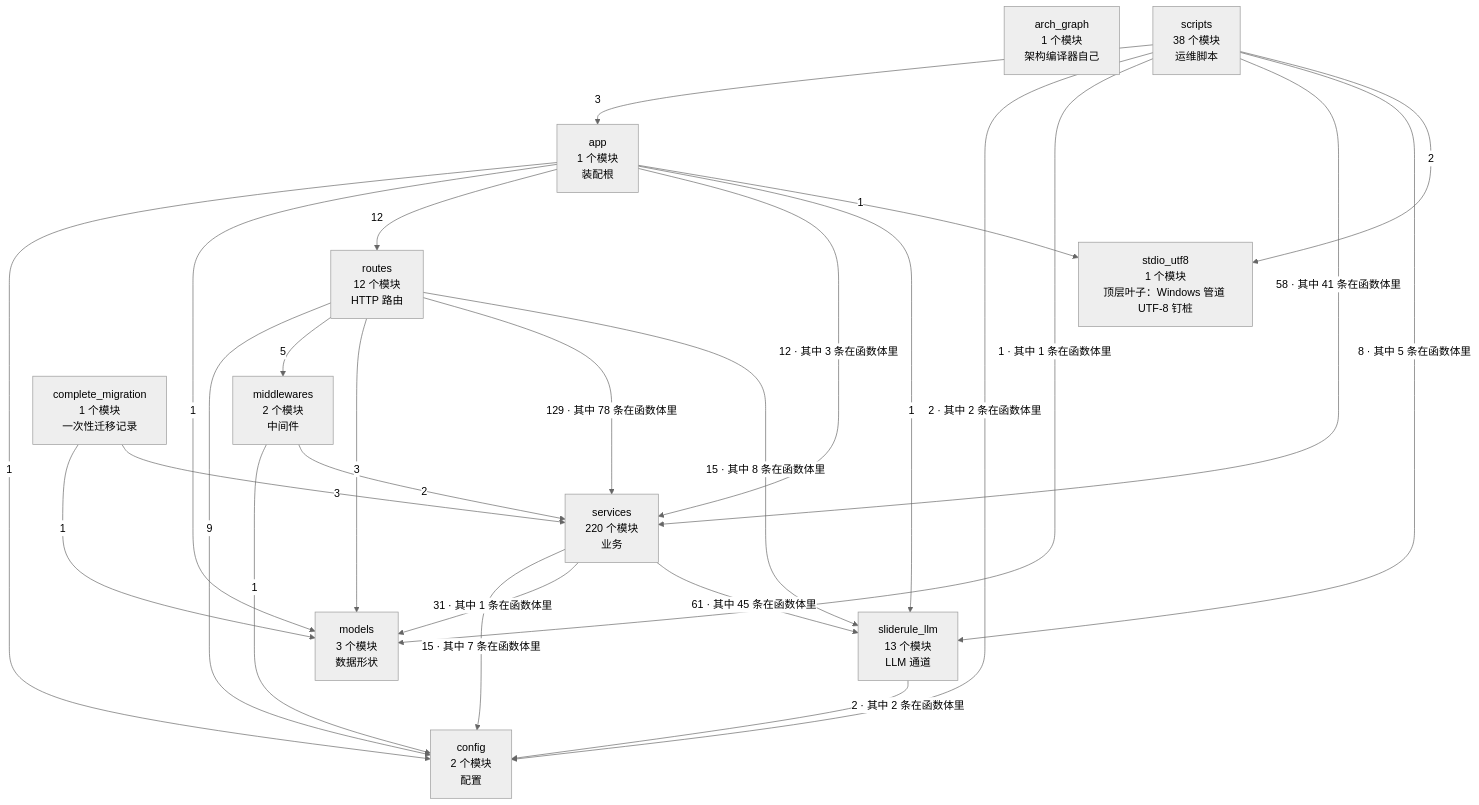
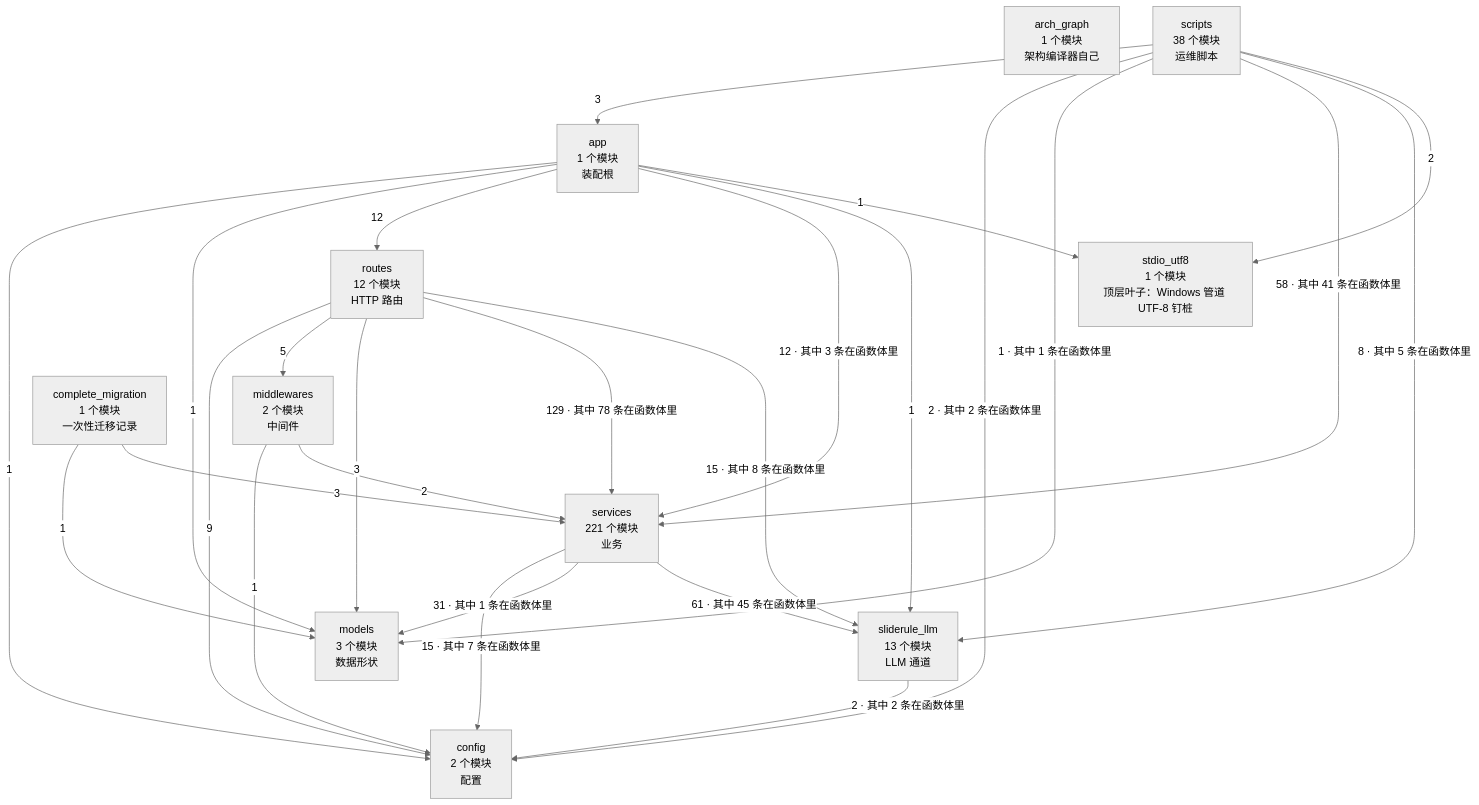
The second of 4 diagrams in docs/SlideRule V6.2 架构图（自动生成）.md (2686521696/WhyBuddy), drawn with Mermaid (neutral theme) before and after one commit. The commit also changed other lines of this file and 7 other files, not shown here.

````diff
--- a/docs/SlideRule V6.2 架构图（自动生成）.md
+++ b/docs/SlideRule V6.2 架构图（自动生成）.md
@@ -60,39 +60,39 @@
 ```mermaid
 flowchart TB
   arch_graph["arch_graph<br/>1 个模块<br/>架构编译器自己"]
   config["config<br/>2 个模块<br/>配置"]
   models["models<br/>3 个模块<br/>数据形状"]
   stdio_utf8["stdio_utf8<br/>1 个模块<br/>顶层叶子：Windows 管道 UTF-8 钉桩"]
   sliderule_llm["sliderule_llm<br/>13 个模块<br/>LLM 通道"]
   middlewares["middlewares<br/>2 个模块<br/>中间件"]
-  services["services<br/>220 个模块<br/>业务"]
+  services["services<br/>221 个模块<br/>业务"]
   routes["routes<br/>12 个模块<br/>HTTP 路由"]
   app["app<br/>1 个模块<br/>装配根"]
   complete_migration["complete_migration<br/>1 个模块<br/>一次性迁移记录"]
   scripts["scripts<br/>38 个模块<br/>运维脚本"]
   app -->|1| config
   app -->|1| models
   app -->|12| routes
   app -->|12 · 其中 3 条在函数体里| services
   app -->|1| sliderule_llm
   app -->|1| stdio_utf8
   complete_migration -->|1| models
   complete_migration -->|3| services
   middlewares -->|1| config
   middlewares -->|2| services
   routes -->|9| config
   routes -->|5| middlewares
   routes -->|3| models
   routes -->|129 · 其中 78 条在函数体里| services
   routes -->|15 · 其中 8 条在函数体里| sliderule_llm
   scripts -->|3| app
   scripts -->|2 · 其中 2 条在函数体里| config
   scripts -->|1 · 其中 1 条在函数体里| models
   scripts -->|58 · 其中 41 条在函数体里| services
   scripts -->|8 · 其中 5 条在函数体里| sliderule_llm
   scripts -->|2| stdio_utf8
   services -->|15 · 其中 7 条在函数体里| config
   services -->|31 · 其中 1 条在函数体里| models
   services -->|61 · 其中 45 条在函数体里| sliderule_llm
   sliderule_llm -->|2 · 其中 2 条在函数体里| config
 ```
````
